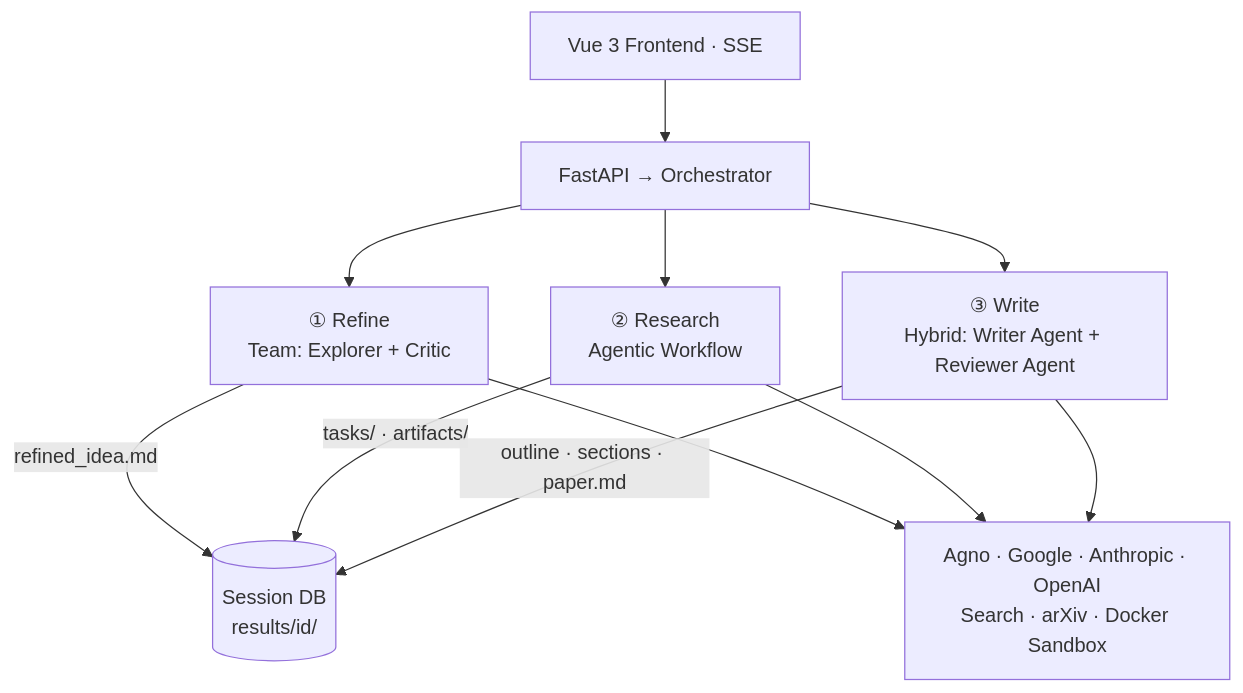
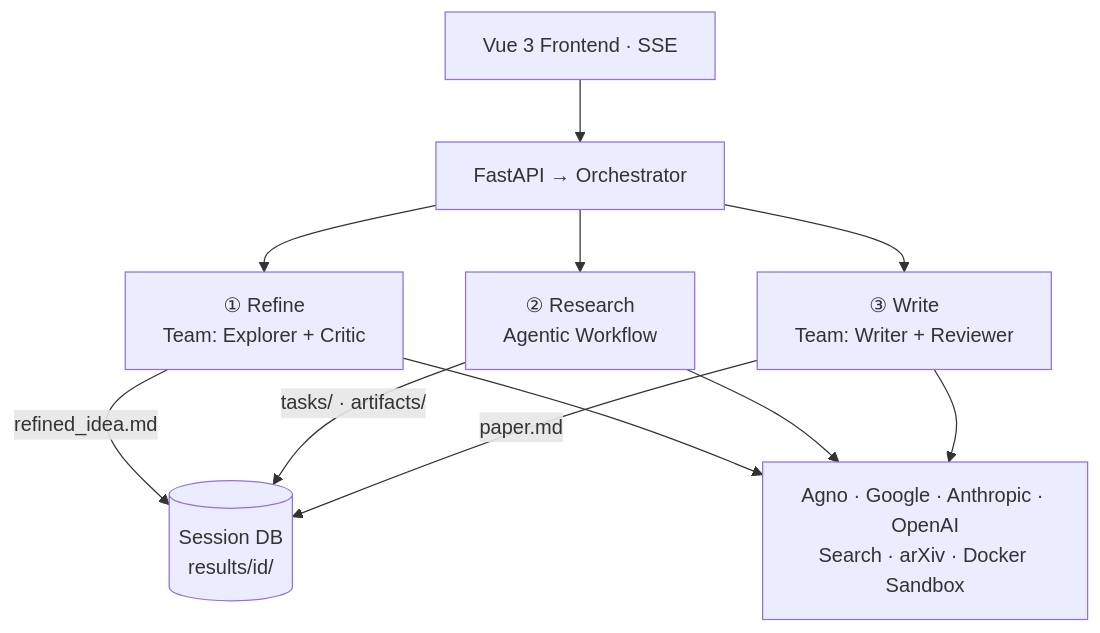
One commit to dozybot001/MAARS changed the second of 2 diagrams in README.md. Above: the diagram before and after it, drawn with Mermaid. The commit also changed other lines of this file and 2 other files, not shown here.

````diff
--- a/README.md
+++ b/README.md
@@ -40,15 +40,15 @@
 ```mermaid
 flowchart TB
     UI["Vue 3 Frontend · SSE"] --> API["FastAPI → Orchestrator"]
 
     API --> REF["① Refine\nTeam: Explorer + Critic"]
     API --> RES["② Research\nAgentic Workflow"]
-    API --> WRI["③ Write\nHybrid: Writer Agent + Reviewer Agent"]
+    API --> WRI["③ Write\nTeam: Writer + Reviewer"]
 
     REF -- "refined_idea.md" --> DB
     RES -- "tasks/ · artifacts/" --> DB
-    WRI -- "outline · sections · paper.md" --> DB
+    WRI -- "paper.md" --> DB
     DB[(Session DB\nresults/id/)]
 
     REF & RES & WRI --> AGNO["Agno · Google · Anthropic · OpenAI\nSearch · arXiv · Docker Sandbox"]
 ```
````
